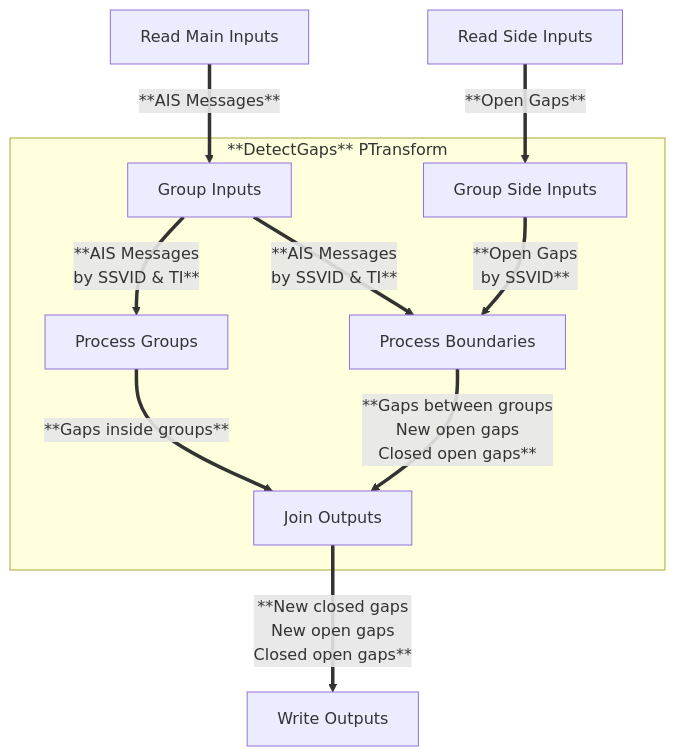
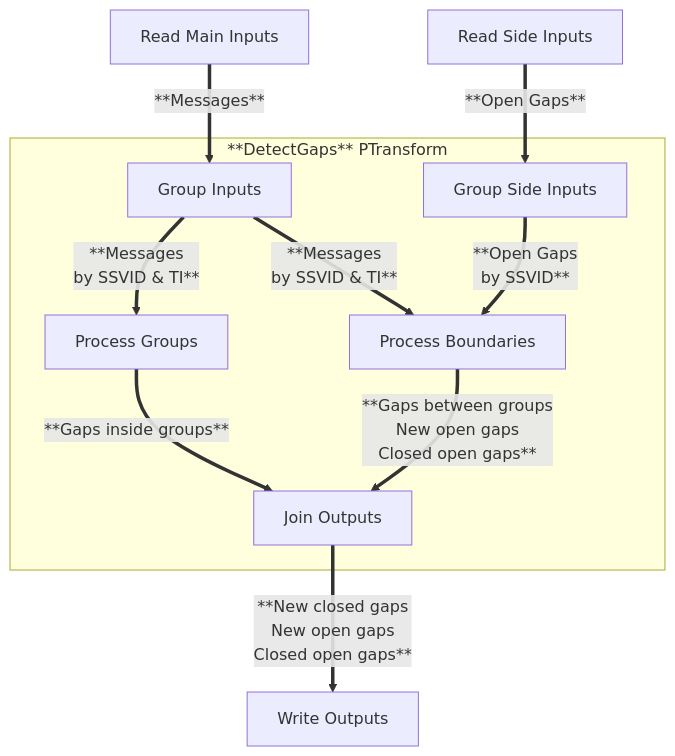
The second of 2 diagrams in README.md (GlobalFishingWatch/pipe-gaps), drawn with Mermaid before and after one commit. The commit also changed other lines of this file and 16 other files, not shown here.

````diff
--- a/README.md
+++ b/README.md
@@ -531,15 +534,15 @@
 ```mermaid
 flowchart TD;
-    A[Read Main Inputs] ==> |**AIS Messages**| B[Group Inputs]
+    A[Read Main Inputs] ==> |**Messages**| B[Group Inputs]
     C[Read Side Inputs] ==> |**Open Gaps**| D[Group Side Inputs]
 
     subgraph **DetectGaps** PTransform
-    B ==> |**AIS Messages <br/> by SSVID & TI**| E[Process Groups]
-    B ==> |**AIS Messages <br/> by SSVID & TI**| F[Process Boundaries]
+    B ==> |**Messages <br/> by SSVID & TI**| E[Process Groups]
+    B ==> |**Messages <br/> by SSVID & TI**| F[Process Boundaries]
     D ==> |**Open Gaps  <br/> by SSVID**| F
     E ==> |**Gaps inside groups**| H[Join Outputs]
     F ==> |**Gaps between groups <br/> New open gaps <br/> Closed open gaps**| H
     end
 
     H ==> |**New closed gaps <br/> New open gaps <br/> Closed open gaps**| K[Write Outputs]
 ```
````
